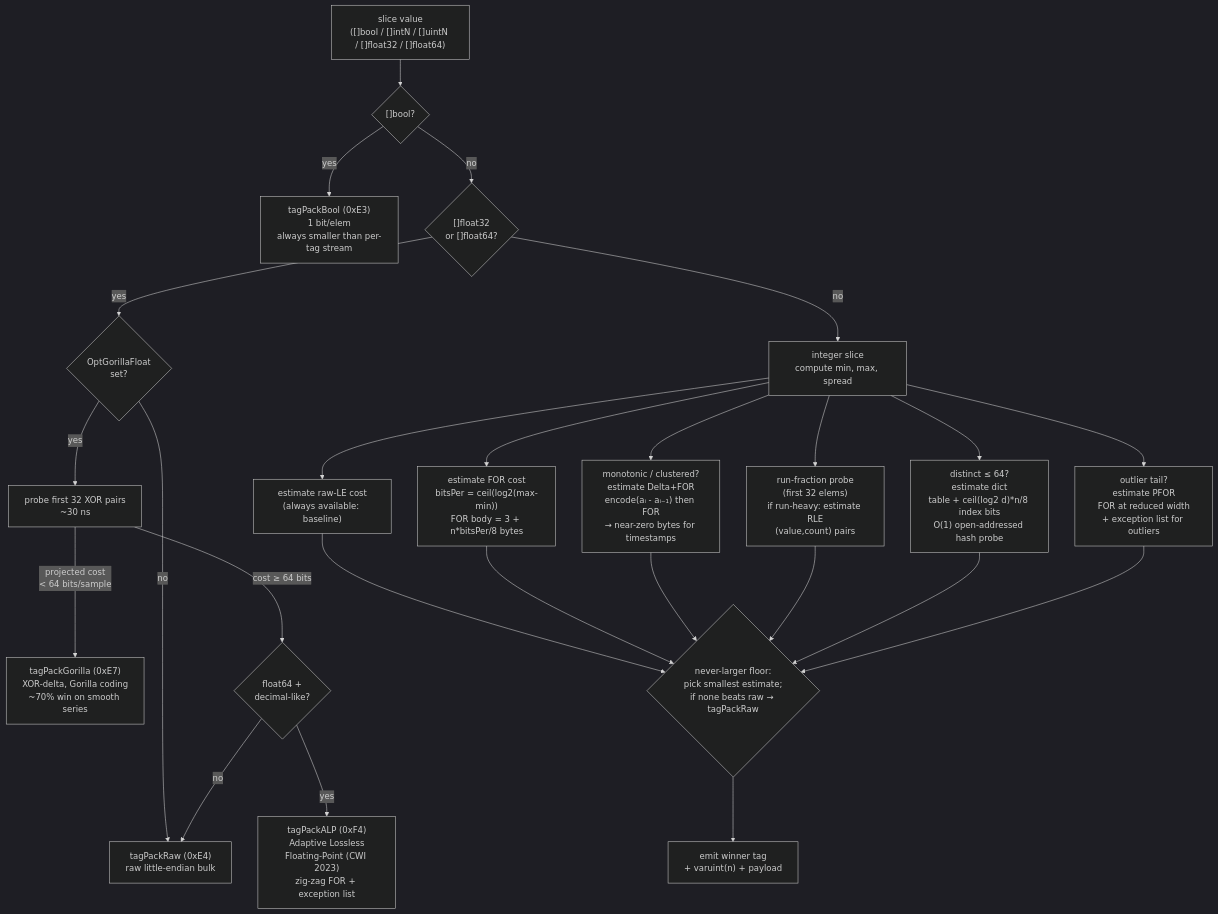
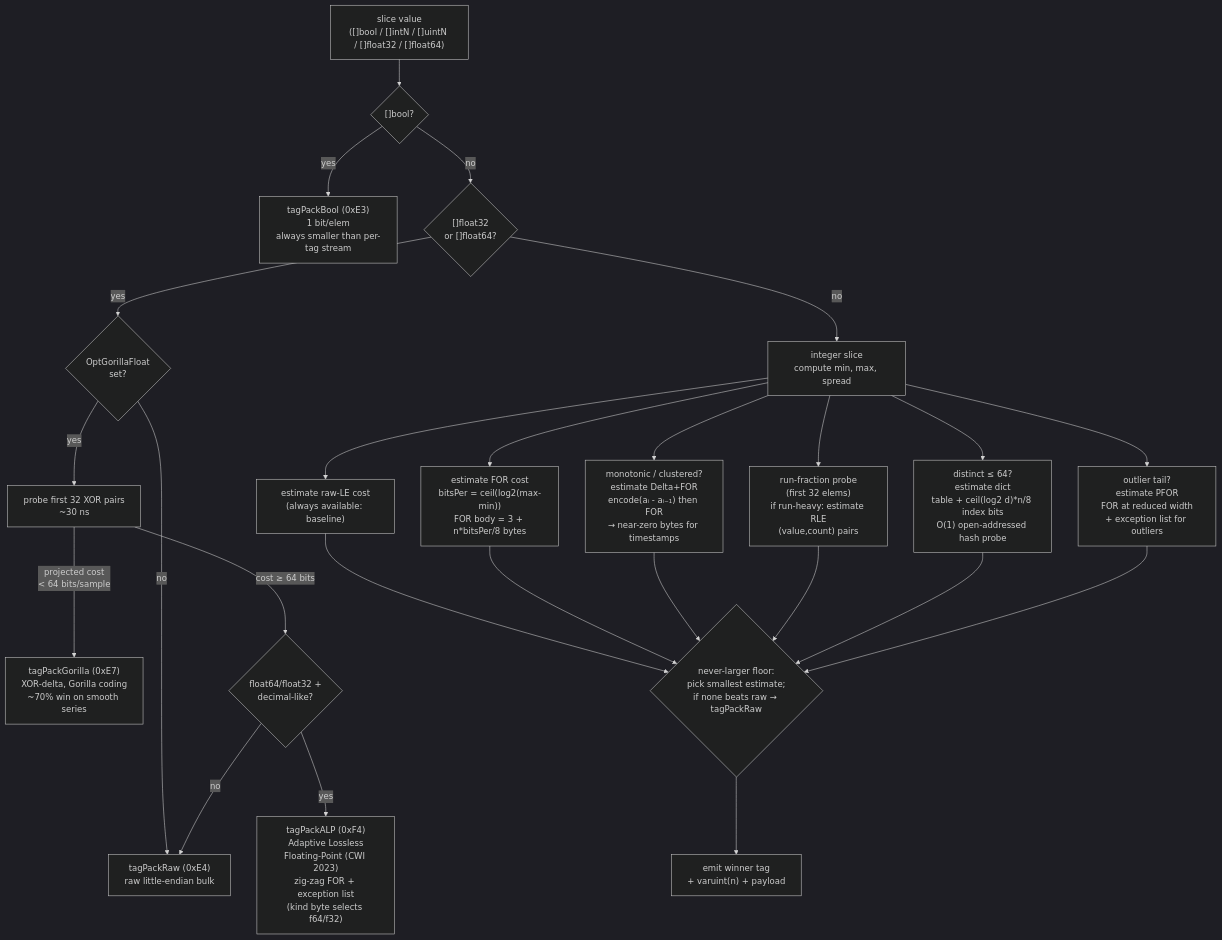
One commit to alex60217101990/qdf changed the first of 2 diagrams in diagrams/qpack-codecs.md. Above: the diagram before and after it, drawn with Mermaid (dark theme). The commit also changed other lines of this file and 5 other files, not shown here.

First line of the commit message:
docs: dict-index QPack codec, skew gate, ALP float32

````diff
--- a/diagrams/qpack-codecs.md
+++ b/diagrams/qpack-codecs.md
@@ -17,33 +17,33 @@
 ```mermaid
 flowchart TD
     Start["slice value\n([]bool / []intN / []uintN / []float32 / []float64)"]
     Start --> Bool{"[]bool?"}
     Bool -->|yes| PBool["tagPackBool (0xE3)\n1 bit/elem\nalways smaller than per-tag stream"]
 
     Bool -->|no| Float{"[]float32\nor []float64?"}
     Float -->|yes| GorillaOpt{"OptGorillaFloat\nset?"}
     GorillaOpt -->|no| Raw["tagPackRaw (0xE4)\nraw little-endian bulk"]
     GorillaOpt -->|yes| GorillaProbe["probe first 32 XOR pairs\n~30 ns"]
     GorillaProbe -->|"projected cost\n< 64 bits/sample"| Gorilla["tagPackGorilla (0xE7)\nXOR-delta, Gorilla coding\n~70% win on smooth series"]
-    GorillaProbe -->|"cost ≥ 64 bits"| ALPCheck{"float64 +\ndecimal-like?"}
-    ALPCheck -->|yes| ALP["tagPackALP (0xF4)\nAdaptive Lossless\nFloating-Point (CWI 2023)\nzig-zag FOR + exception list"]
+    GorillaProbe -->|"cost ≥ 64 bits"| ALPCheck{"float64/float32 +\ndecimal-like?"}
+    ALPCheck -->|yes| ALP["tagPackALP (0xF4)\nAdaptive Lossless\nFloating-Point (CWI 2023)\nzig-zag FOR + exception list\n(kind byte selects f64/f32)"]
     ALPCheck -->|no| Raw
 
     Float -->|no| IntSlice["integer slice\ncompute min, max, spread"]
     IntSlice --> RawEst["estimate raw-LE cost\n(always available: baseline)"]
     IntSlice --> FOR["estimate FOR cost\nbitsPer = ceil(log2(max-min))\nFOR body = 3 + n*bitsPer/8 bytes"]
     IntSlice --> Delta["monotonic / clustered?\nestimate Delta+FOR\nencode(aᵢ - aᵢ₋₁) then FOR\n→ near-zero bytes for timestamps"]
     IntSlice --> RLE["run-fraction probe\n(first 32 elems)\nif run-heavy: estimate RLE\n(value,count) pairs"]
     IntSlice --> Dict["distinct ≤ 64?\nestimate dict\ntable + ceil(log2 d)*n/8 index bits\nO(1) open-addressed hash probe"]
     IntSlice --> PFor["outlier tail?\nestimate PFOR\nFOR at reduced width\n+ exception list for outliers"]
 
     RawEst --> Floor
     FOR --> Floor
     Delta --> Floor
     RLE --> Floor
     Dict --> Floor
     PFor --> Floor
 
     Floor{"never-larger floor:\npick smallest estimate;\nif none beats raw → tagPackRaw"}
     Floor --> Emit["emit winner tag\n+ varuint(n) + payload"]
 ```
````
